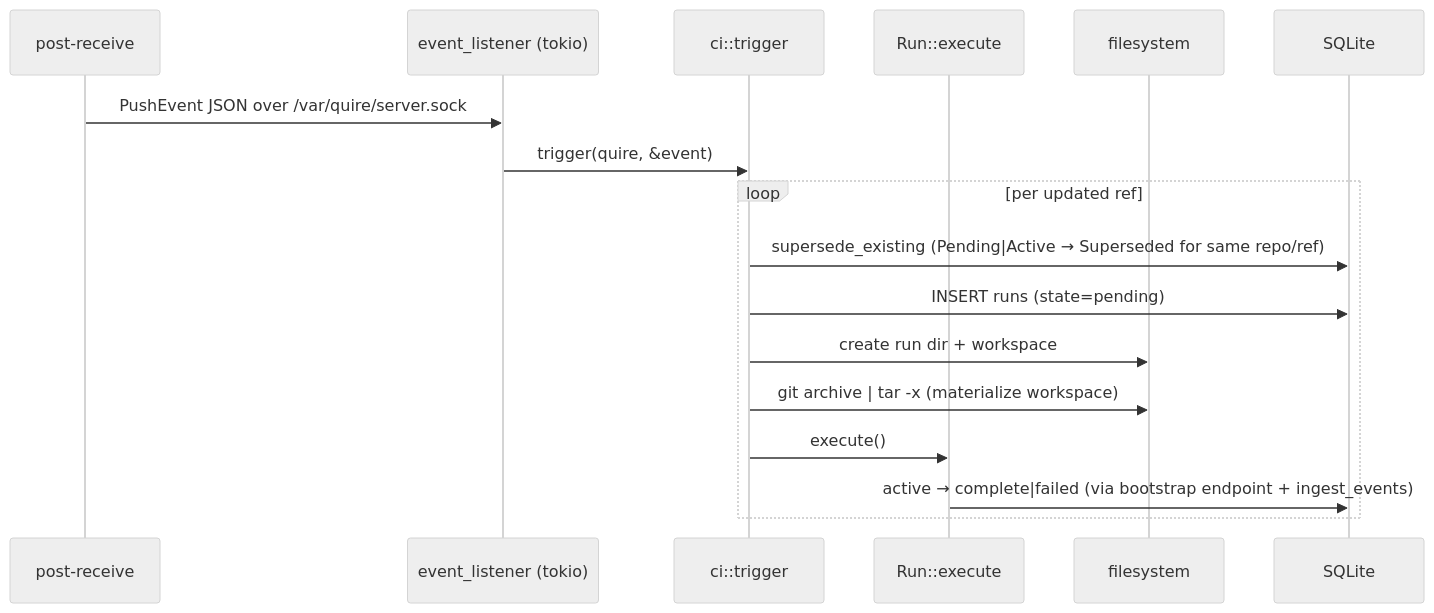
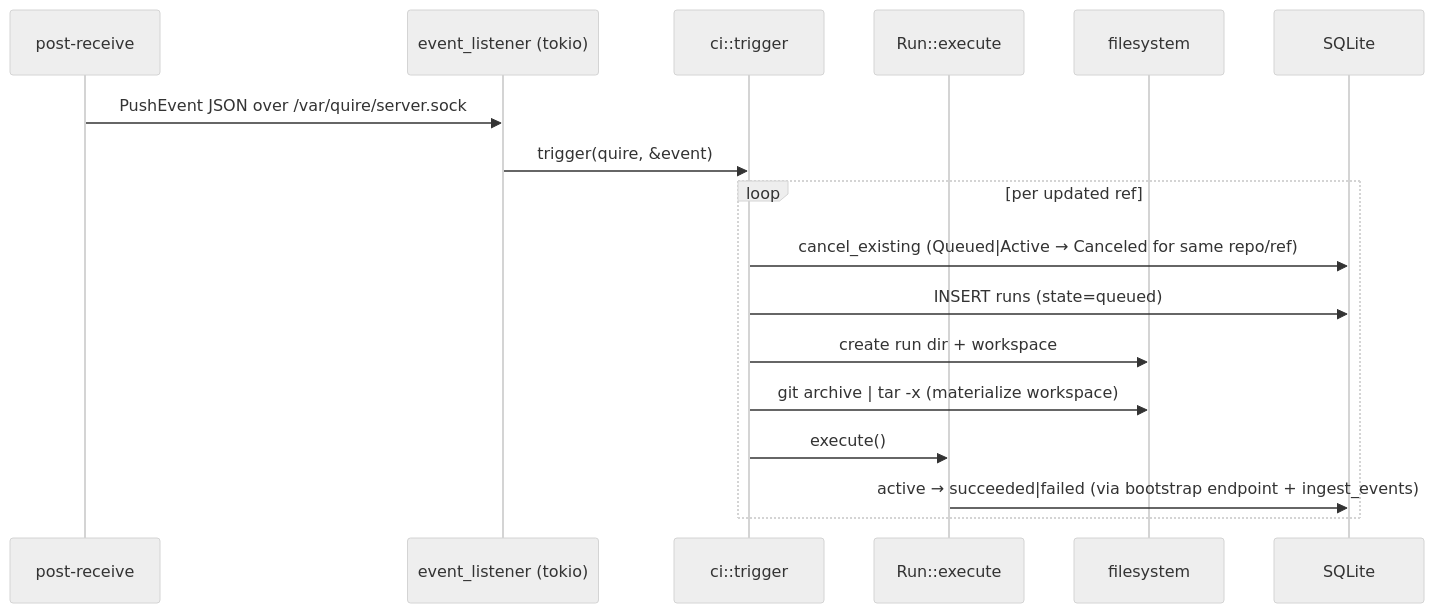
Before and after one commit to kejadlen/quire: the fourth of 4 diagrams in docs/CI-STATE.md, drawn with Mermaid (neutral theme). The commit also changed other lines of this file and 11 other files, not shown here.

````diff
--- a/docs/CI-STATE.md
+++ b/docs/CI-STATE.md
@@ -204,20 +194,20 @@
 ```mermaid
 sequenceDiagram
     participant Hook as post-receive
     participant Listener as event_listener (tokio)
     participant Trigger as ci::trigger
     participant Exec as Run::execute
     participant FS as filesystem
     participant DB as SQLite
 
     Hook->>Listener: PushEvent JSON over /var/quire/server.sock
     Listener->>Trigger: trigger(quire, &event)
     loop per updated ref
-      Trigger->>DB: supersede_existing (Pending|Active → Superseded for same repo/ref)
-      Trigger->>DB: INSERT runs (state=pending)
+      Trigger->>DB: cancel_existing (Queued|Active → Canceled for same repo/ref)
+      Trigger->>DB: INSERT runs (state=queued)
       Trigger->>FS: create run dir + workspace
       Trigger->>FS: git archive | tar -x  (materialize workspace)
       Trigger->>Exec: execute()
-      Exec->>DB: active → complete|failed (via bootstrap endpoint + ingest_events)
+      Exec->>DB: active → succeeded|failed (via bootstrap endpoint + ingest_events)
     end
 ```
````
